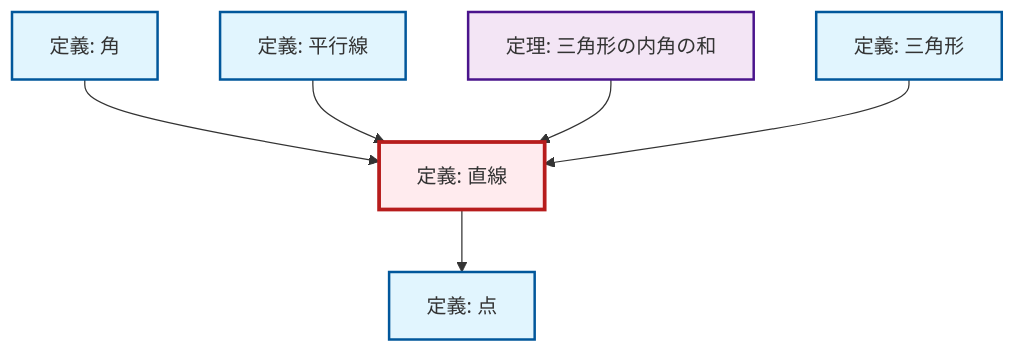
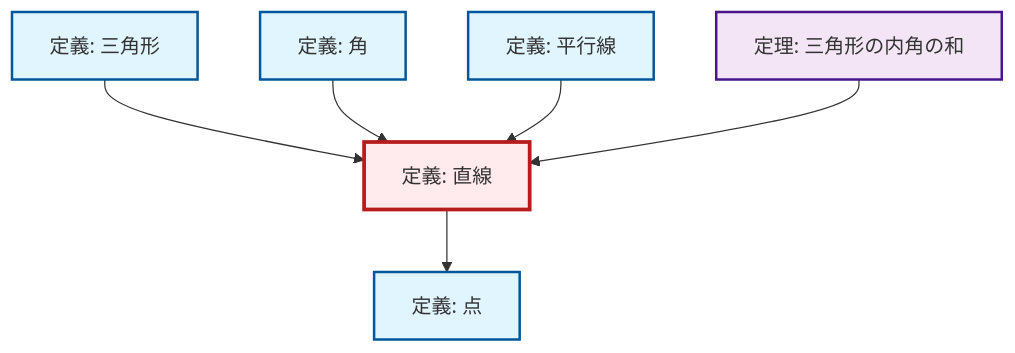
The diagram in content/ja/geometry/def-line.qmd (RK0429/ModernMath), drawn with Mermaid before and after one commit. The commit also changed other lines of this file and 1012 other files, not shown here.

````diff
--- a/content/ja/geometry/def-line.qmd
+++ b/content/ja/geometry/def-line.qmd
@@ -46,26 +46,26 @@
 ```{mermaid}
 %%| fig-cap: "Local dependency graph"
 graph TD
     classDef definition fill:#e1f5fe,stroke:#01579b,stroke-width:2px
     classDef theorem fill:#f3e5f5,stroke:#4a148c,stroke-width:2px
     classDef axiom fill:#fff3e0,stroke:#e65100,stroke-width:2px
     classDef example fill:#e8f5e9,stroke:#1b5e20,stroke-width:2px
     classDef current fill:#ffebee,stroke:#b71c1c,stroke-width:3px
-    def-line["定義: 直線"]:::definition
     def-triangle["定義: 三角形"]:::definition
-    def-parallel["定義: 平行線"]:::definition
-    def-point["定義: 点"]:::definition
     def-angle["定義: 角"]:::definition
     thm-angle-sum-triangle["定理: 三角形の内角の和"]:::theorem
+    def-parallel["定義: 平行線"]:::definition
+    def-line["定義: 直線"]:::definition
+    def-point["定義: 点"]:::definition
+    def-line --> def-point
+    def-triangle --> def-line
     def-angle --> def-line
-    def-line --> def-point
     def-parallel --> def-line
     thm-angle-sum-triangle --> def-line
-    def-triangle --> def-line
     class def-line current
     click def-triangle "def-triangle.html" "三角形の定義へ"
+    click def-angle "def-angle.html" "角の定義へ"
+    click thm-angle-sum-triangle "thm-angle-sum-triangle.html" "三角形の内角の和の定理へ"
     click def-parallel "def-parallel.html" "平行線の定義へ"
     click def-point "def-point.html" "点の定義へ"
-    click def-angle "def-angle.html" "角の定義へ"
-    click thm-angle-sum-triangle "thm-angle-sum-triangle.html" "三角形の内角の和の定理へ"
 ```
````
